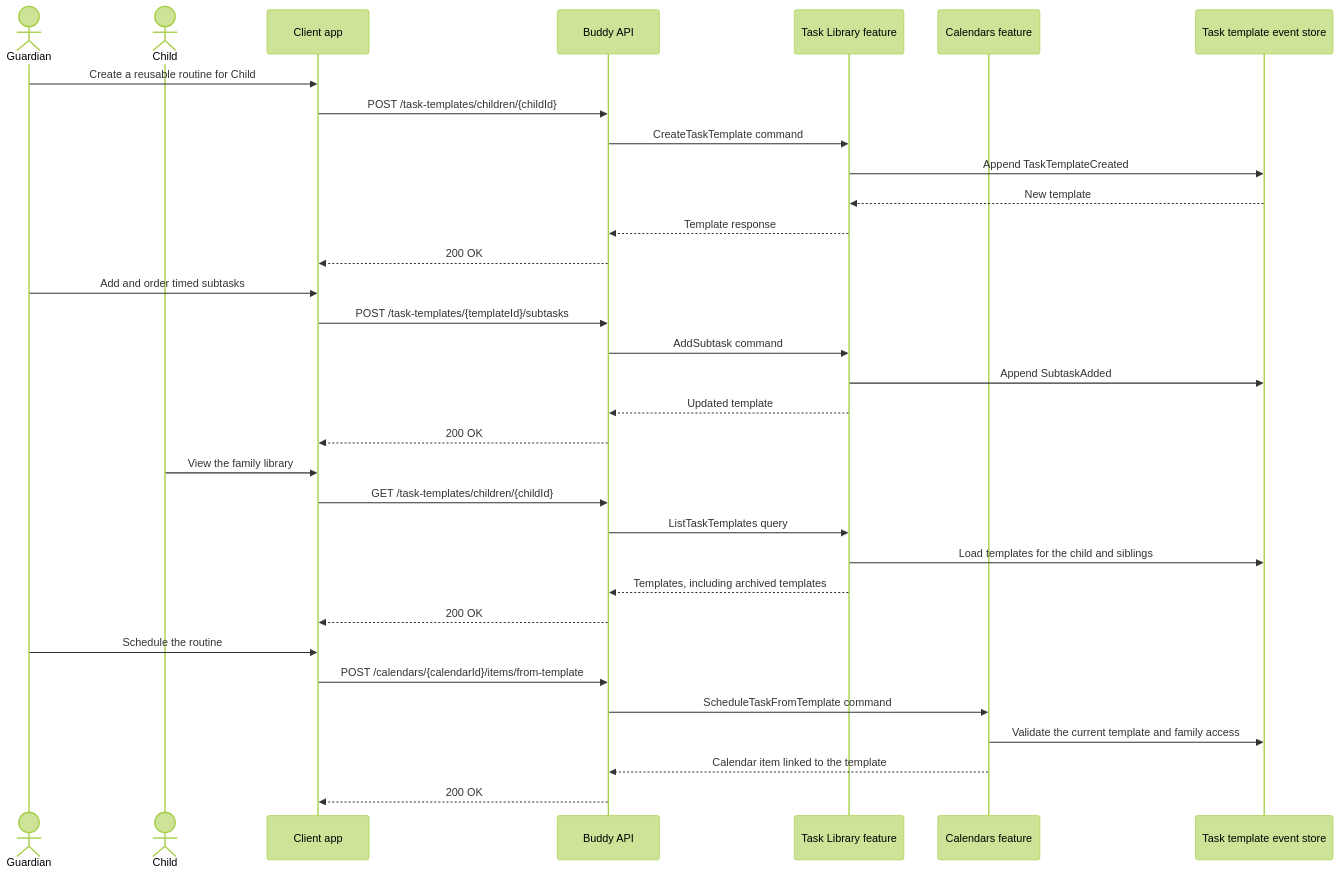
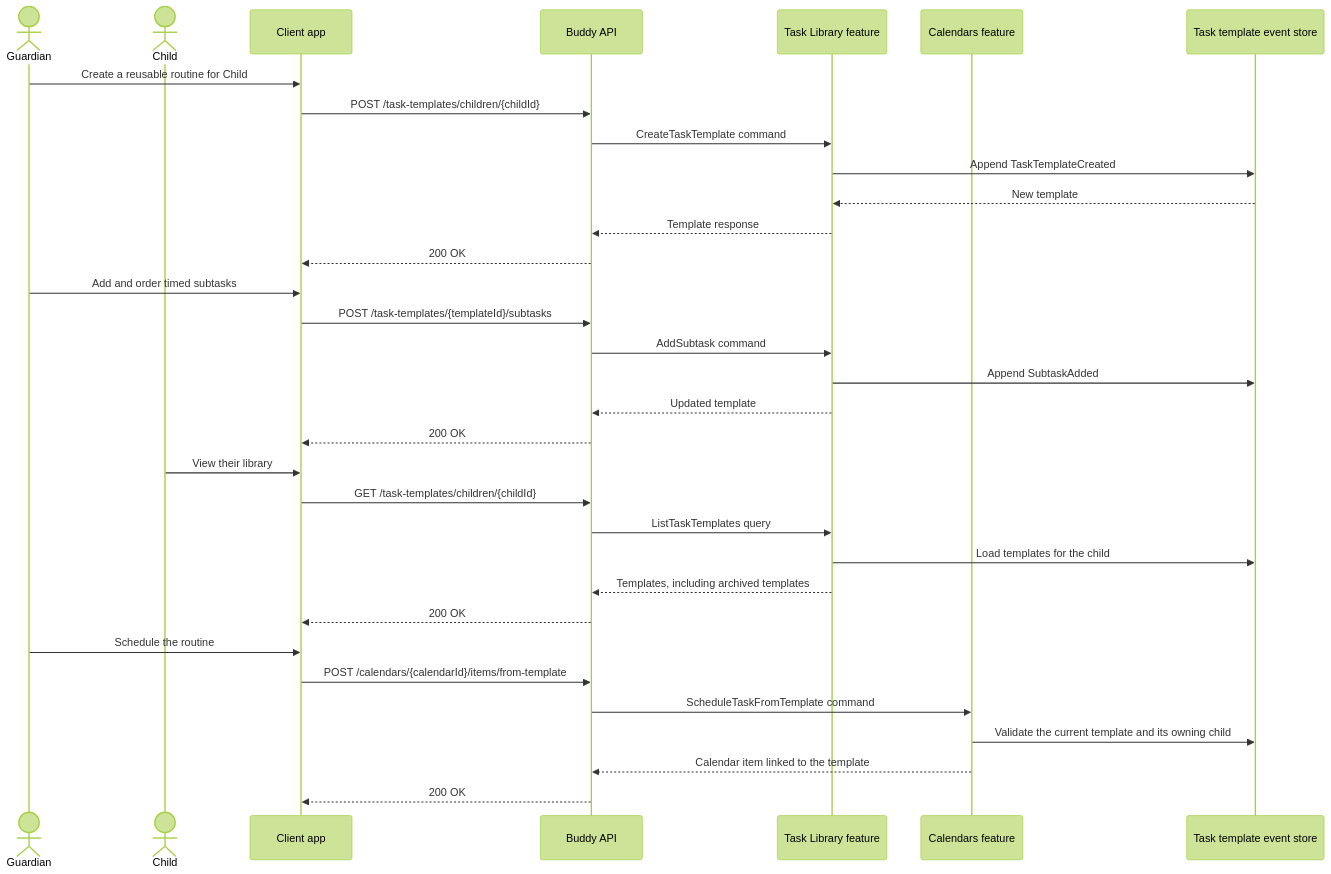
Before and after one commit to kimipsen/buddy: the diagram in docs/backend/task-library/flow.md, drawn with Mermaid (forest theme). The commit also changed other lines of this file and 10 other files, not shown here.

Commit message:
feat(task-library): update task template ownership model to ensure templates are child-specific

````diff
--- a/docs/backend/task-library/flow.md
+++ b/docs/backend/task-library/flow.md
@@ -8,39 +8,39 @@
 ```mermaid
 sequenceDiagram
     actor Guardian
     actor Child
     participant App as Client app
     participant API as Buddy API
     participant Library as Task Library feature
     participant Calendars as Calendars feature
     participant Store as Task template event store
 
     Guardian->>App: Create a reusable routine for Child
     App->>API: POST /task-templates/children/{childId}
     API->>Library: CreateTaskTemplate command
     Library->>Store: Append TaskTemplateCreated
     Store-->>Library: New template
     Library-->>API: Template response
     API-->>App: 200 OK
 
     Guardian->>App: Add and order timed subtasks
     App->>API: POST /task-templates/{templateId}/subtasks
     API->>Library: AddSubtask command
     Library->>Store: Append SubtaskAdded
     Library-->>API: Updated template
     API-->>App: 200 OK
 
-    Child->>App: View the family library
+    Child->>App: View their library
     App->>API: GET /task-templates/children/{childId}
     API->>Library: ListTaskTemplates query
-    Library->>Store: Load templates for the child and siblings
+    Library->>Store: Load templates for the child
     Library-->>API: Templates, including archived templates
     API-->>App: 200 OK
 
     Guardian->>App: Schedule the routine
     App->>API: POST /calendars/{calendarId}/items/from-template
     API->>Calendars: ScheduleTaskFromTemplate command
-    Calendars->>Store: Validate the current template and family access
+    Calendars->>Store: Validate the current template and its owning child
     Calendars-->>API: Calendar item linked to the template
     API-->>App: 200 OK
 ```
````
